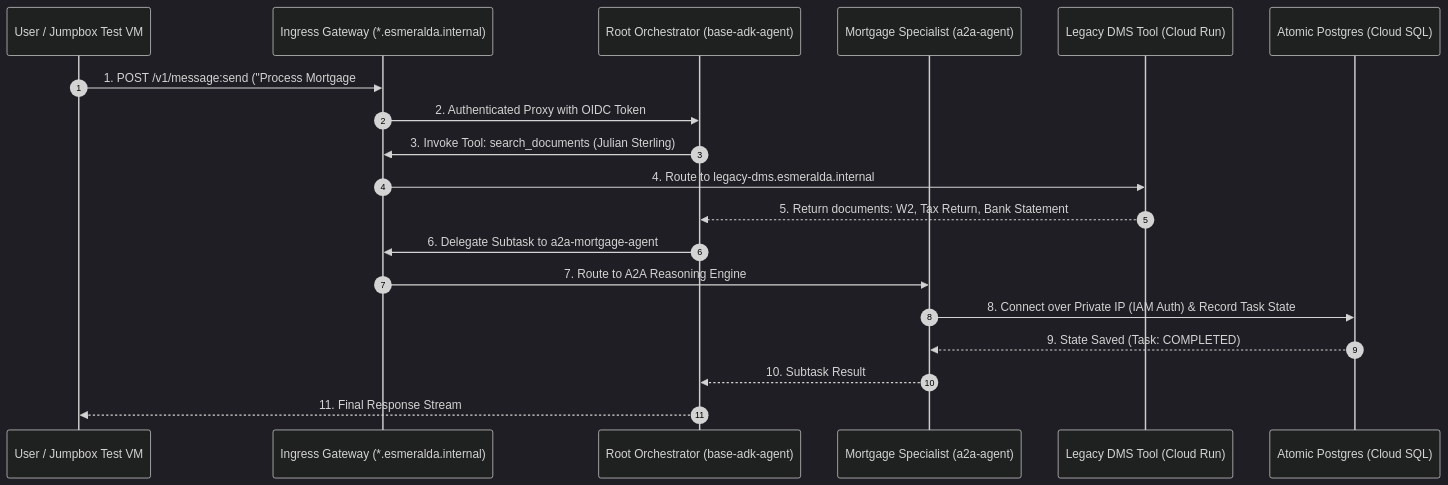
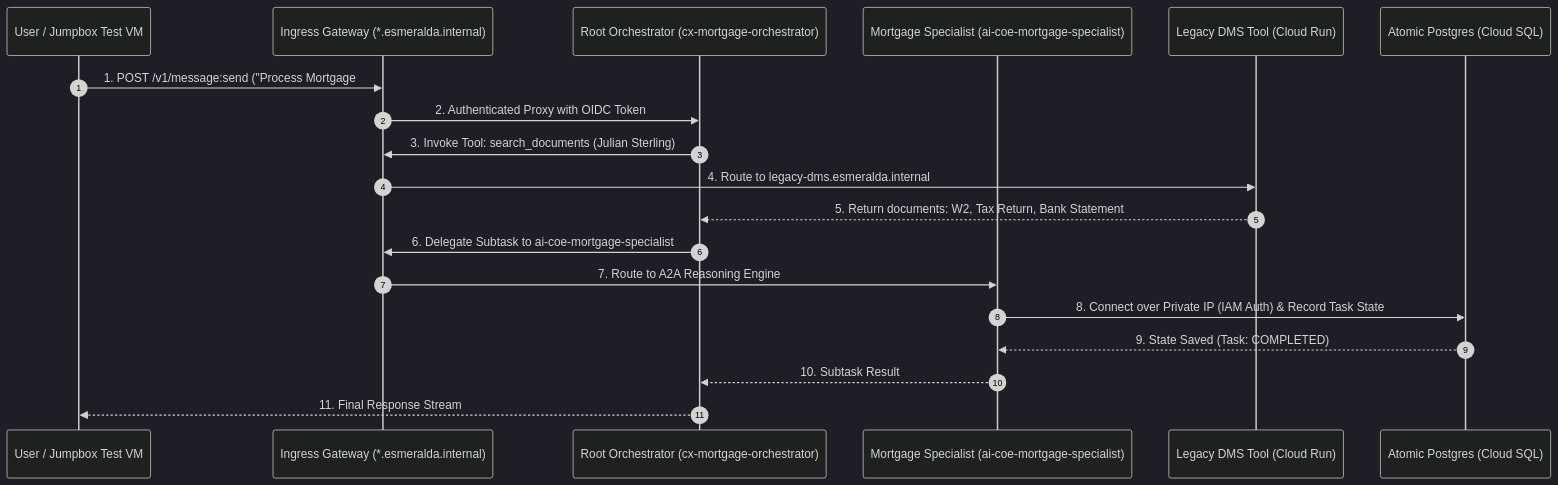
Before and after one commit to google/esmeralda: the diagram in docs/2-workloads-and-catalog/03-ai-agents-and-database.md, drawn with Mermaid (dark theme). The commit also changed other lines of this file and 184 other files, not shown here.

````diff
--- a/docs/2-workloads-and-catalog/03-ai-agents-and-database.md
+++ b/docs/2-workloads-and-catalog/03-ai-agents-and-database.md
@@ -48,22 +48,22 @@
 ```mermaid
 sequenceDiagram
     autonumber
     participant Client as User / Jumpbox Test VM
     participant Gateway as Ingress Gateway (*.esmeralda.internal)
-    participant Root as Root Orchestrator (base-adk-agent)
-    participant A2A as Mortgage Specialist (a2a-agent)
+    participant Root as Root Orchestrator (cx-mortgage-orchestrator)
+    participant A2A as Mortgage Specialist (ai-coe-mortgage-specialist)
     participant DMS as Legacy DMS Tool (Cloud Run)
     participant DB as Atomic Postgres (Cloud SQL)
 
     Client->>Gateway: 1. POST /v1/message:send ("Process Mortgage #2024-7891")
     Gateway->>Root: 2. Authenticated Proxy with OIDC Token
     Root->>Gateway: 3. Invoke Tool: search_documents (Julian Sterling)
     Gateway->>DMS: 4. Route to legacy-dms.esmeralda.internal
     DMS-->>Root: 5. Return documents: W2, Tax Return, Bank Statement
-    Root->>Gateway: 6. Delegate Subtask to a2a-mortgage-agent
+    Root->>Gateway: 6. Delegate Subtask to ai-coe-mortgage-specialist
     Gateway->>A2A: 7. Route to A2A Reasoning Engine
     A2A->>DB: 8. Connect over Private IP (IAM Auth) & Record Task State
     DB-->>A2A: 9. State Saved (Task: COMPLETED)
     A2A-->>Root: 10. Subtask Result
     Root-->>Client: 11. Final Response Stream
 ```
````
